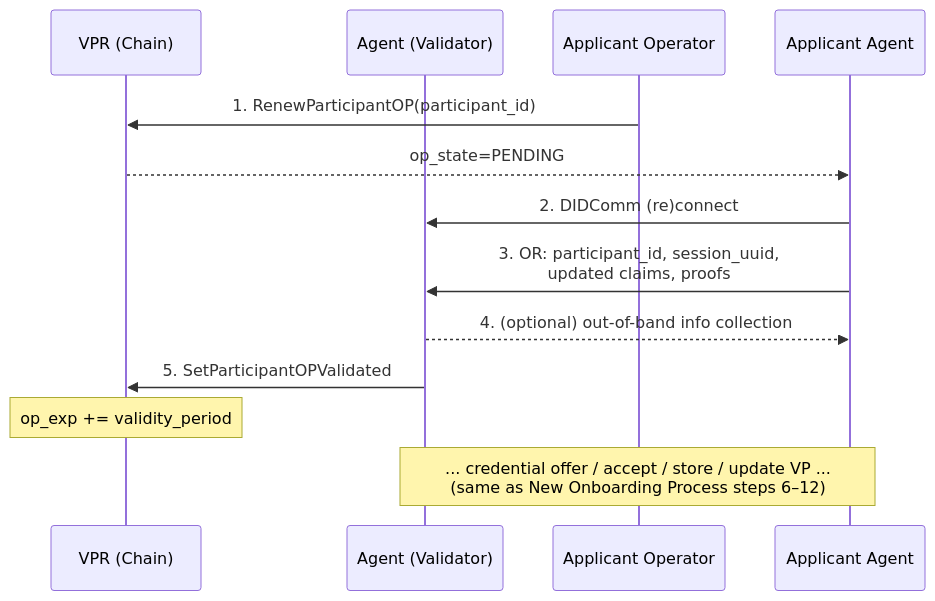
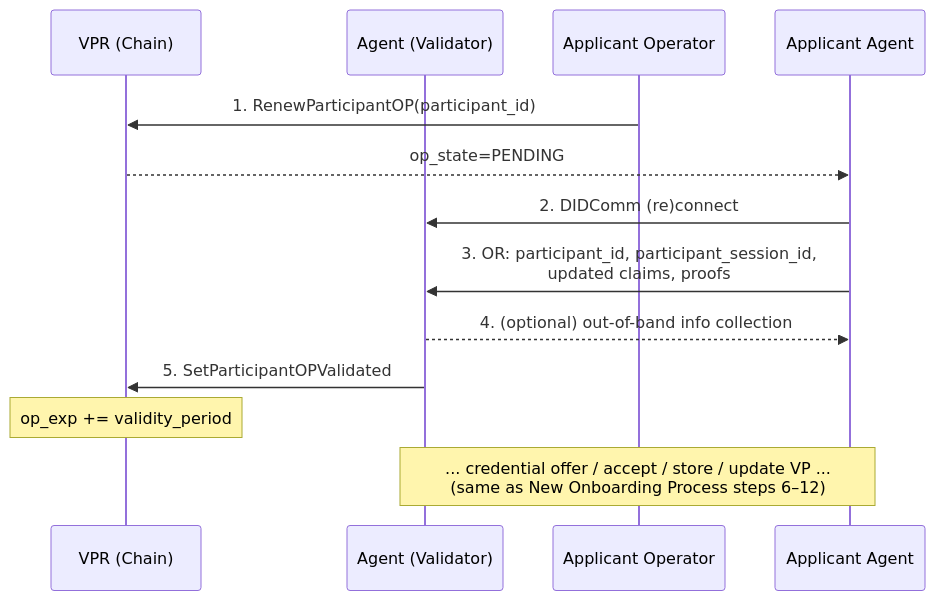
The fifth of 9 diagrams in v4/vs-agent/spec.md (verana-labs/verana-spec), drawn with Mermaid before and after one commit. The commit also changed other lines of this file and 2 other files, not shown here.

Commit message:
docs: fix service endpoint types, admin env variables, add DIDComm protocol for VT flow

````diff
--- a/v4/vs-agent/spec.md
+++ b/v4/vs-agent/spec.md
@@ -469,15 +466,15 @@
 ```mermaid
 sequenceDiagram
     participant VPR as VPR (Chain)
     participant Validator as Agent (Validator)
 
     Applicant Operator->>VPR: 1. RenewParticipantOP(participant_id)
     VPR-->>Applicant Agent: op_state=PENDING
     Applicant Agent->>Validator: 2. DIDComm (re)connect
-    Applicant Agent->>Validator: 3. OR: participant_id, session_uuid,<br/>updated claims, proofs
+    Applicant Agent->>Validator: 3. OR: participant_id, participant_session_id,<br/>updated claims, proofs
     Validator-->>Applicant Agent: 4. (optional) out-of-band info collection
     Validator->>VPR: 5. SetParticipantOPValidated
     Note over VPR: op_exp += validity_period
 
     Note over Applicant Agent,Validator: ... credential offer / accept / store / update VP ...<br/>(same as New Onboarding Process steps 6–12)
 ```
````
